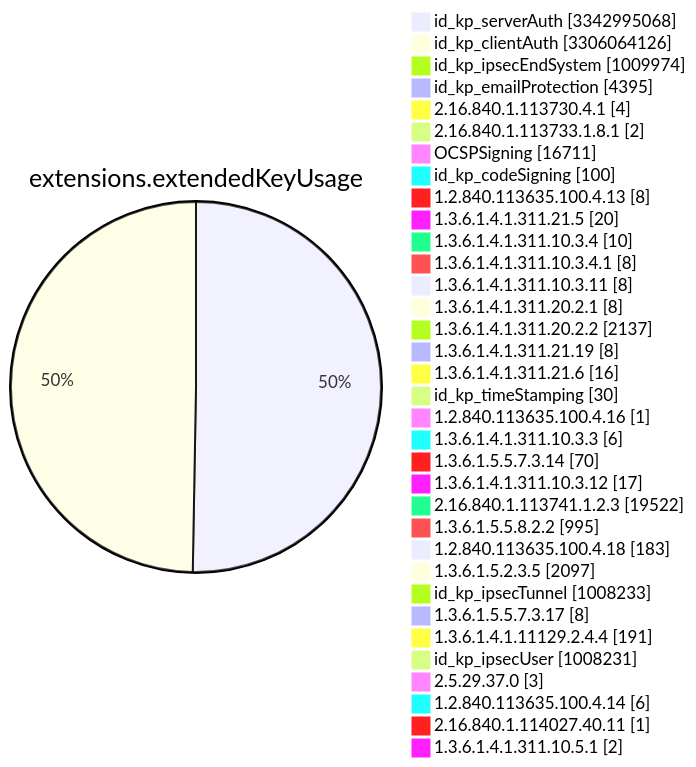
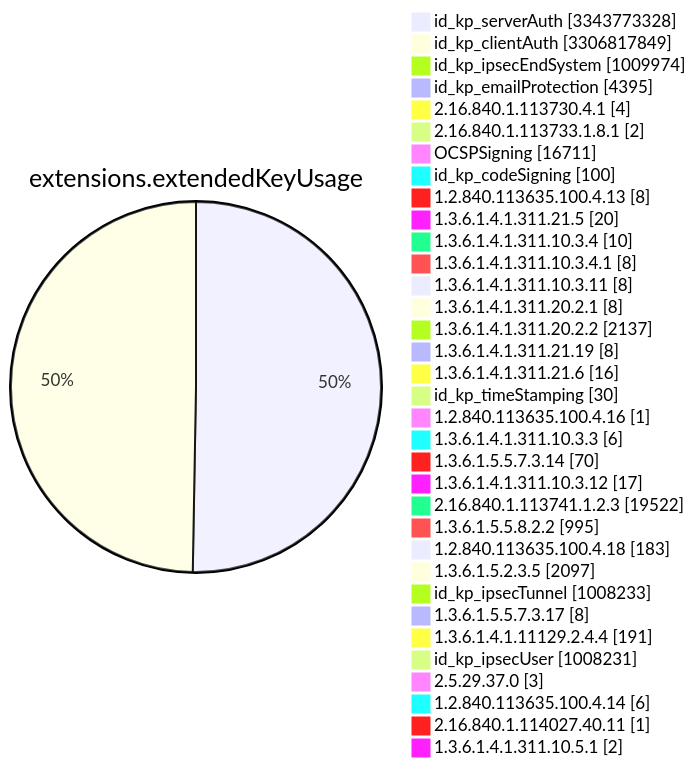
Diagram 11 of 15 in TOTAL/README.md (christiankrug/ctmonitor_visualization), drawn with Mermaid before and after one commit. The commit also changed other lines of this file, not shown here.

````diff
--- a/TOTAL/README.md
+++ b/TOTAL/README.md
@@ -4120,38 +4120,38 @@
 ```mermaid
 pie showData
 title extensions.extendedKeyUsage
-"id_kp_serverAuth" :3342995068
-"id_kp_clientAuth" :3306064126
+"id_kp_serverAuth" :3343773328
+"id_kp_clientAuth" :3306817849
 "id_kp_ipsecEndSystem" :1009974
 "id_kp_emailProtection" :4395
 "2.16.840.1.113730.4.1" :4
 "2.16.840.1.113733.1.8.1" :2
 "OCSPSigning" :16711
 "id_kp_codeSigning" :100
 "1.2.840.113635.100.4.13" :8
 "1.3.6.1.4.1.311.21.5" :20
 "1.3.6.1.4.1.311.10.3.4" :10
 "1.3.6.1.4.1.311.10.3.4.1" :8
 "1.3.6.1.4.1.311.10.3.11" :8
 "1.3.6.1.4.1.311.20.2.1" :8
 "1.3.6.1.4.1.311.20.2.2" :2137
 "1.3.6.1.4.1.311.21.19" :8
 "1.3.6.1.4.1.311.21.6" :16
 "id_kp_timeStamping" :30
 "1.2.840.113635.100.4.16" :1
 "1.3.6.1.4.1.311.10.3.3" :6
 "1.3.6.1.5.5.7.3.14" :70
 "1.3.6.1.4.1.311.10.3.12" :17
 "2.16.840.1.113741.1.2.3" :19522
 "1.3.6.1.5.5.8.2.2" :995
 "1.2.840.113635.100.4.18" :183
 "1.3.6.1.5.2.3.5" :2097
 "id_kp_ipsecTunnel" :1008233
 "1.3.6.1.5.5.7.3.17" :8
 "1.3.6.1.4.1.11129.2.4.4" :191
 "id_kp_ipsecUser" :1008231
 "2.5.29.37.0" :3
 "1.2.840.113635.100.4.14" :6
 "2.16.840.1.114027.40.11" :1
 "1.3.6.1.4.1.311.10.5.1" :2
 ```
````
